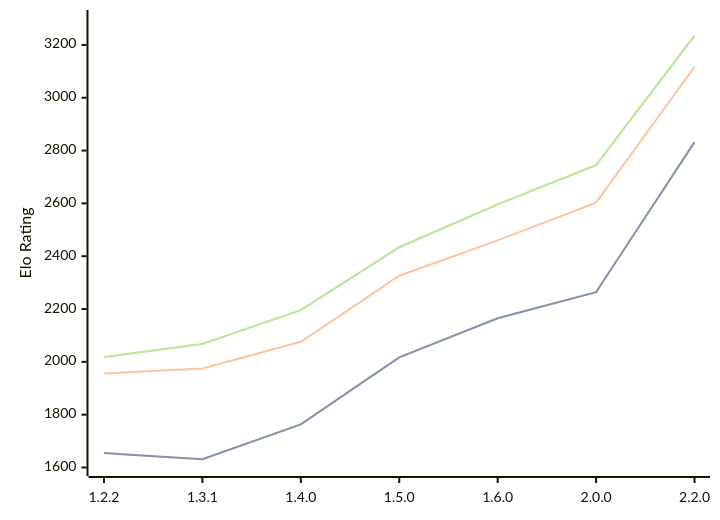
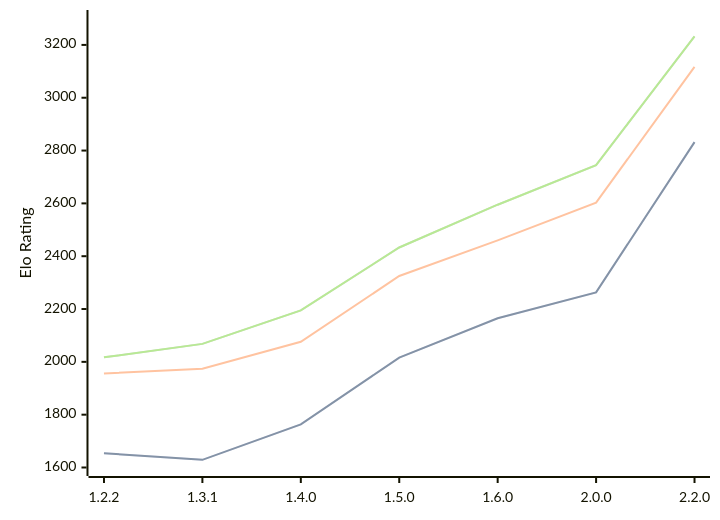
The third of 3 diagrams in engines/SoloEngine.md (computer-chess-index/cci), drawn with Mermaid before and after one commit. The commit also changed other lines of this file, not shown here.

Commit message:
Update CCI Ratings (ELO VLTC) - 2026-06-27

````diff
--- a/engines/SoloEngine.md
+++ b/engines/SoloEngine.md
@@ -71,11 +71,11 @@
 ```mermaid
 %%{init: {"theme":"base","themeVariables":{"seriesColors:['#a3a3a3','#222221','#faa371']}}}%%
 xychart-beta
   x-axis ["1.2.2", "1.3.1", "1.4.0", "1.5.0", "1.6.0", "2.0.0", "2.2.0"]
   y-axis "Elo Rating" 1600 --> 3300
-  line "STC (8.0+0.08s)" [1655, 1631, 1763, 2017, 2165, 2264, 2832]
-  line "STC (8.0+0.08s)" [1655, 1631, 1763, 2017, 2165, 2264, 2832]
-  line "LTC (60.0+0.60s)" [1956, 1975, 2076, 2326, 2460, 2603, 3117]
-  line "VLTC (2m24s+1.12s)" [2018, 2068, 2196, 2434, 2596, 2745, 3235]
-  line "VLTC (2m24s+1.12s)" [2018, 2068, 2196, 2434, 2596, 2745, 3235]
+  line "STC (8.0+0.08s)" [1654, 1629, 1763, 2016, 2165, 2263, 2832]
+  line "STC (8.0+0.08s)" [1654, 1629, 1763, 2016, 2165, 2263, 2832]
+  line "LTC (60.0+0.60s)" [1956, 1974, 2076, 2325, 2460, 2603, 3117]
+  line "VLTC (2m24s+1.12s)" [2017, 2068, 2195, 2433, 2595, 2745, 3232]
+  line "VLTC (2m24s+1.12s)" [2017, 2068, 2195, 2433, 2595, 2745, 3232]
 ```
````
